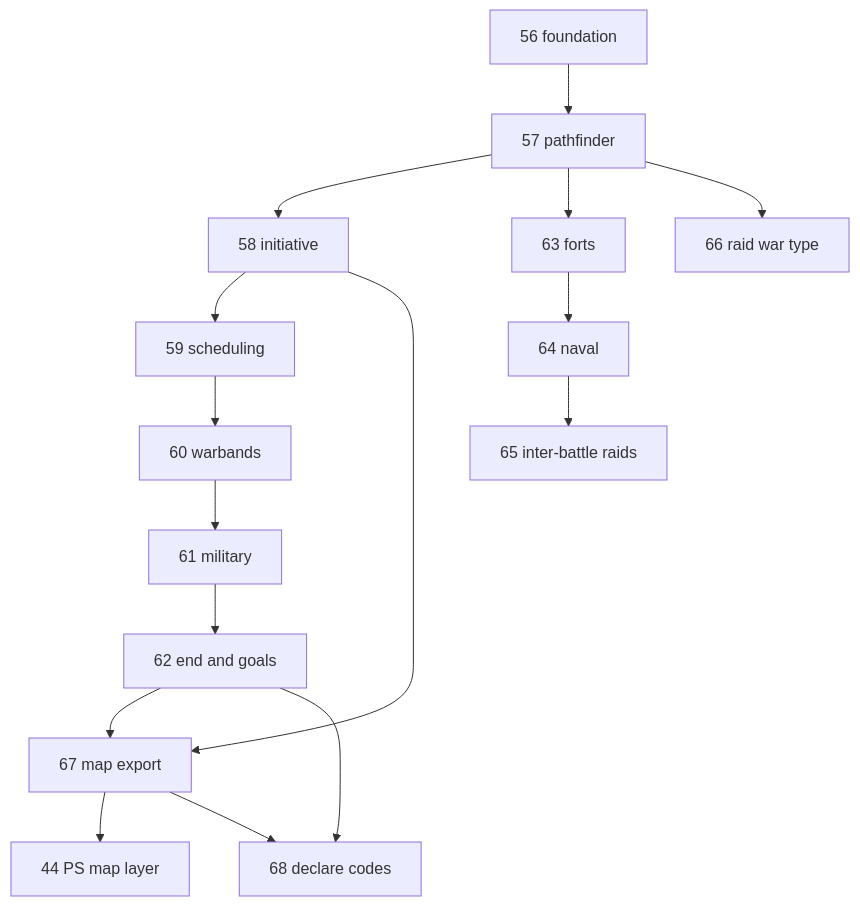
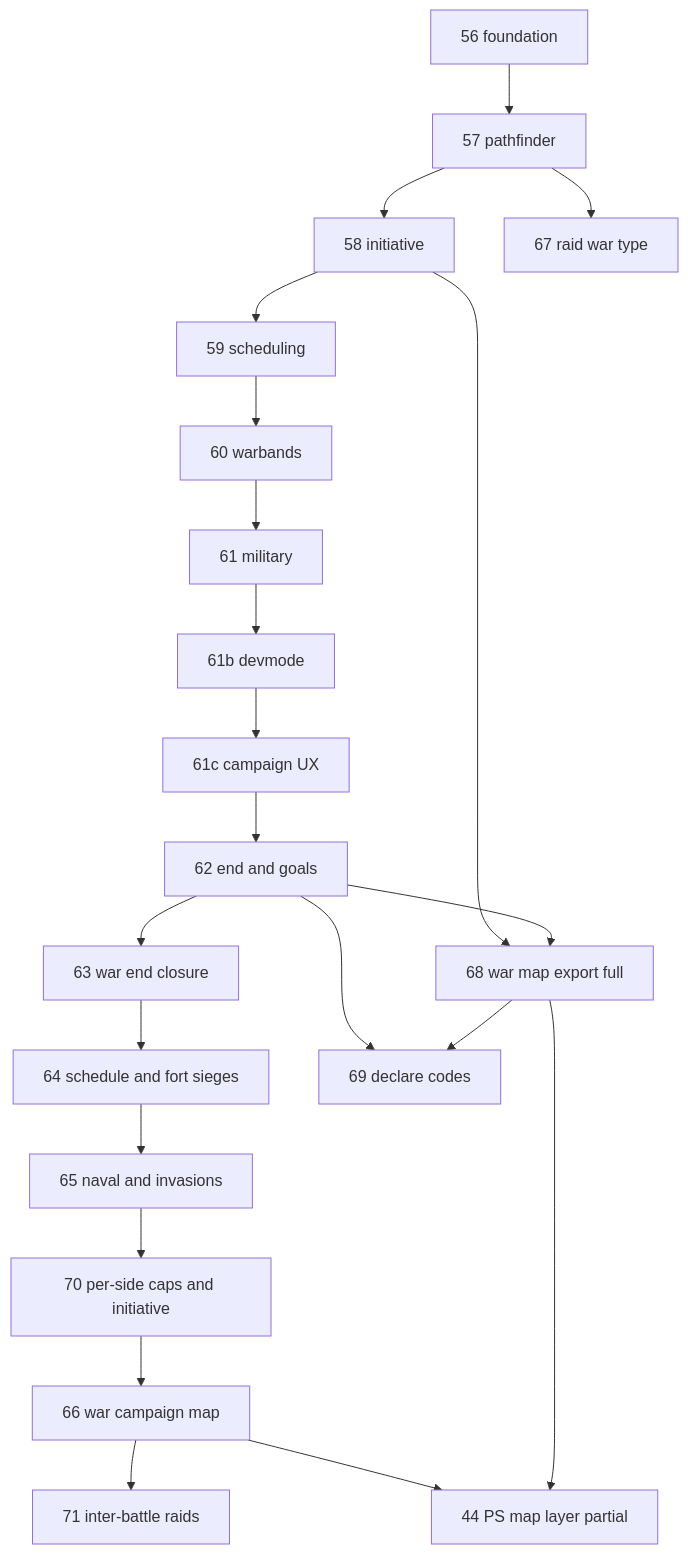
The diagram in Planning/war-build-order.md (Drefvelin/ProvinceSystem), drawn with Mermaid before and after one commit. The commit also changed other lines of this file and 299 other files, not shown here.

````diff
--- a/Planning/war-build-order.md
+++ b/Planning/war-build-order.md
@@ -33,18 +41,24 @@
 ```mermaid
 flowchart TB
   s56[56 foundation] --> s57[57 pathfinder]
   s57 --> s58[58 initiative]
   s58 --> s59[59 scheduling]
   s59 --> s60[60 warbands]
   s60 --> s61[61 military]
-  s61 --> s62[62 end and goals]
-  s57 --> s63[63 forts]
-  s63 --> s64[64 naval]
-  s64 --> s65[65 inter-battle raids]
-  s57 --> s66[66 raid war type]
-  s58 --> s67[67 map export]
-  s62 --> s67
-  s67 --> s44[44 PS map layer]
-  s62 --> s68[68 declare codes]
-  s67 --> s68
+  s61 --> s61b[61b devmode]
+  s61b --> s61c[61c campaign UX]
+  s61c --> s62[62 end and goals]
+  s62 --> s63[63 war end closure]
+  s63 --> s64[64 schedule and fort sieges]
+  s64 --> s65[65 naval and invasions]
+  s65 --> s70[70 per-side caps and initiative]
+  s70 --> s66[66 war campaign map]
+  s66 --> s71[71 inter-battle raids]
+  s57 --> s67[67 raid war type]
+  s58 --> s68[68 war map export full]
+  s62 --> s68
+  s66 --> s44[44 PS map layer partial]
+  s68 --> s44
+  s62 --> s69[69 declare codes]
+  s68 --> s69
 ```
````
